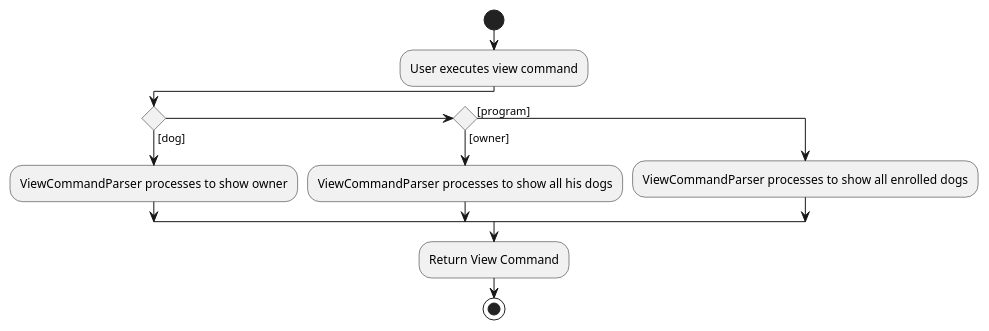
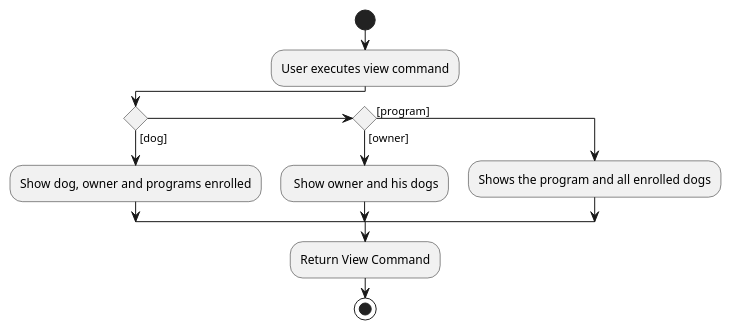
The diagram in docs/diagrams/ViewActivityDiagram.puml (nus-cs2103-AY2021S2/tp), drawn with PlantUML before and after one commit. The commit also changed 1 other file, not shown here.

Commit message:
Edit ViewActivityDiagram

```diff
--- a/docs/diagrams/ViewActivityDiagram.puml
+++ b/docs/diagrams/ViewActivityDiagram.puml
@@ -1,17 +1,17 @@
 @startuml
 
 start
 :User executes view command;
 
 if () then ([dog])
-:ViewCommandParser processes to show owner;
+:Show dog, owner and programs enrolled;
 elseif () then ([owner])
-:ViewCommandParser processes to show all his dogs;
+: Show owner and his dogs;
 else ([program])
-:ViewCommandParser processes to show all enrolled dogs;
+:Shows the program and all enrolled dogs;
 endif
 :Return View Command;
 
 stop
 
 @enduml
```
